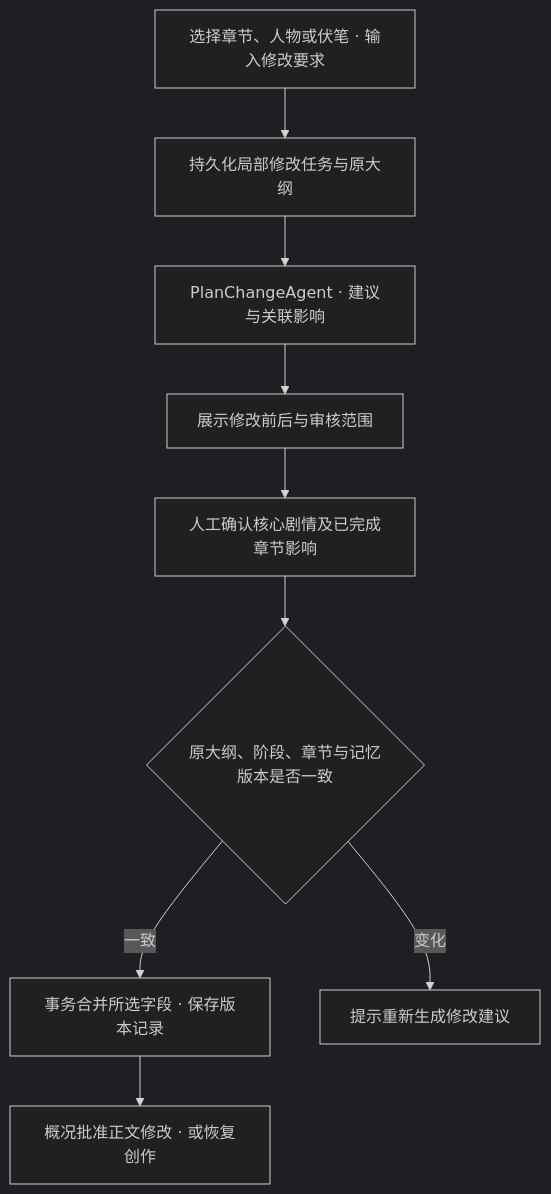
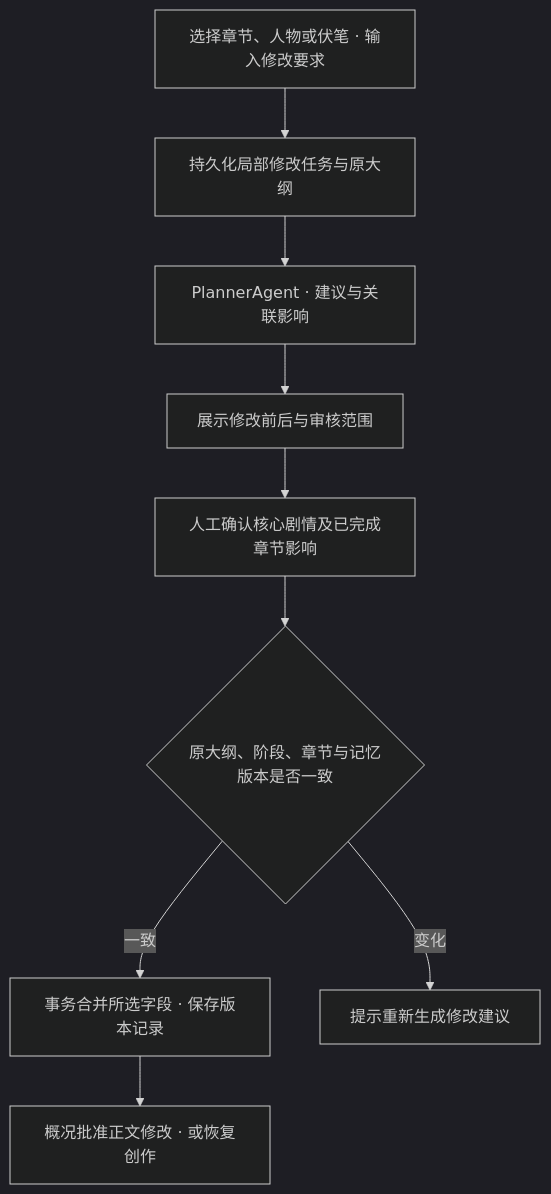
The second of 11 diagrams in README.md (ccii1/novel-agent), drawn with Mermaid (dark theme) before and after one commit. The commit also changed other lines of this file and 29 other files, not shown here.

````diff
--- a/README.md
+++ b/README.md
@@ -92,11 +92,11 @@
 ```mermaid
 flowchart TD
     Scope["选择章节、人物或伏笔 · 输入修改要求"] --> Task["持久化局部修改任务与原大纲"]
-    Task --> Agent["PlanChangeAgent · 建议与关联影响"]
+    Task --> Agent["PlannerAgent · 建议与关联影响"]
     Agent --> Preview["展示修改前后与审核范围"]
     Preview --> Confirm["人工确认核心剧情及已完成章节影响"]
     Confirm --> Check{"原大纲、阶段、章节与记忆版本是否一致"}
     Check -->|一致| Save["事务合并所选字段 · 保存版本记录"]
     Check -->|变化| Retry["提示重新生成修改建议"]
     Save --> Continue["概况批准正文修改 · 或恢复创作"]
 ```
````
